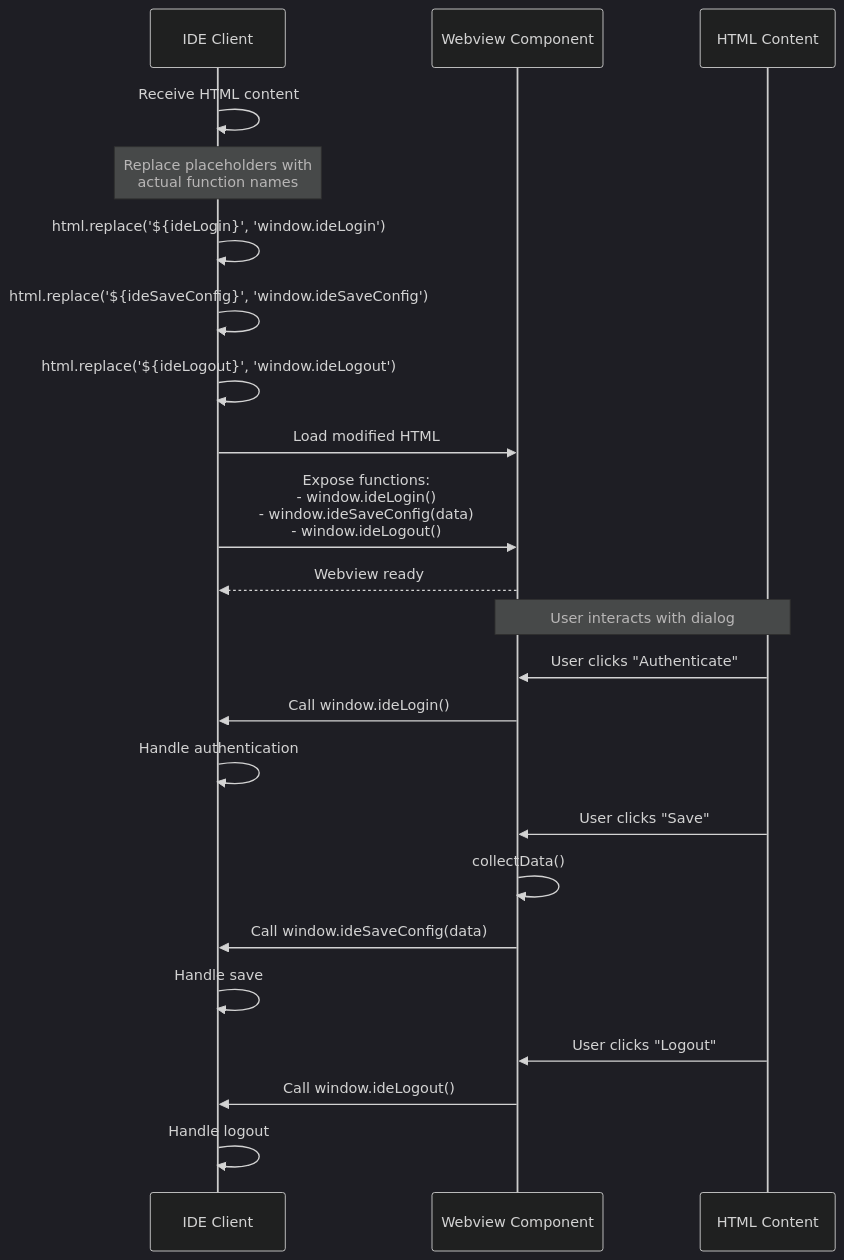
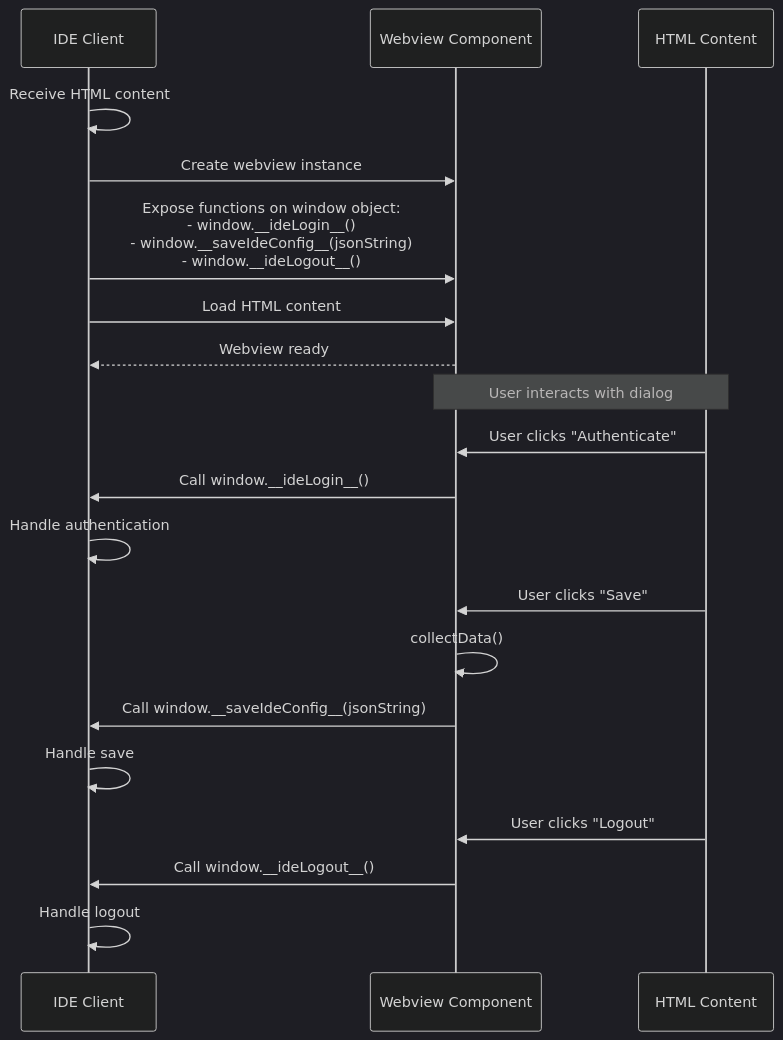
Before and after one commit to snyk/snyk-ls: the second of 5 diagrams in docs/configuration-dialog.md, drawn with Mermaid (dark theme). The commit also changed other lines of this file and 5 other files, not shown here.

````diff
--- a/docs/configuration-dialog.md
+++ b/docs/configuration-dialog.md
@@ -336,34 +424,31 @@
 ```mermaid
 sequenceDiagram
     participant IDE as IDE Client
     participant Webview as Webview Component
     participant HTML as HTML Content
-    
+
     IDE->>IDE: Receive HTML content
-    
-    Note over IDE: Replace placeholders with<br/>actual function names
-    IDE->>IDE: html.replace('${ideLogin}', 'window.ideLogin')
-    IDE->>IDE: html.replace('${ideSaveConfig}', 'window.ideSaveConfig')
-    IDE->>IDE: html.replace('${ideLogout}', 'window.ideLogout')
-    
-    IDE->>Webview: Load modified HTML
-    
-    IDE->>Webview: Expose functions:<br/>- window.ideLogin()<br/>- window.ideSaveConfig(data)<br/>- window.ideLogout()
-    
+
+    IDE->>Webview: Create webview instance
+
+    IDE->>Webview: Expose functions on window object:<br/>- window.__ideLogin__()<br/>- window.__saveIdeConfig__(jsonString)<br/>- window.__ideLogout__()
+
+    IDE->>Webview: Load HTML content
+
     Webview-->>IDE: Webview ready
-    
+
     Note over HTML,Webview: User interacts with dialog
-    
+
     HTML->>Webview: User clicks "Authenticate"
-    Webview->>IDE: Call window.ideLogin()
+    Webview->>IDE: Call window.__ideLogin__()
     IDE->>IDE: Handle authentication
-    
+
     HTML->>Webview: User clicks "Save"
     Webview->>Webview: collectData()
-    Webview->>IDE: Call window.ideSaveConfig(data)
+    Webview->>IDE: Call window.__saveIdeConfig__(jsonString)
     IDE->>IDE: Handle save
-    
+
     HTML->>Webview: User clicks "Logout"
-    Webview->>IDE: Call window.ideLogout()
+    Webview->>IDE: Call window.__ideLogout__()
     IDE->>IDE: Handle logout
 ```
````
